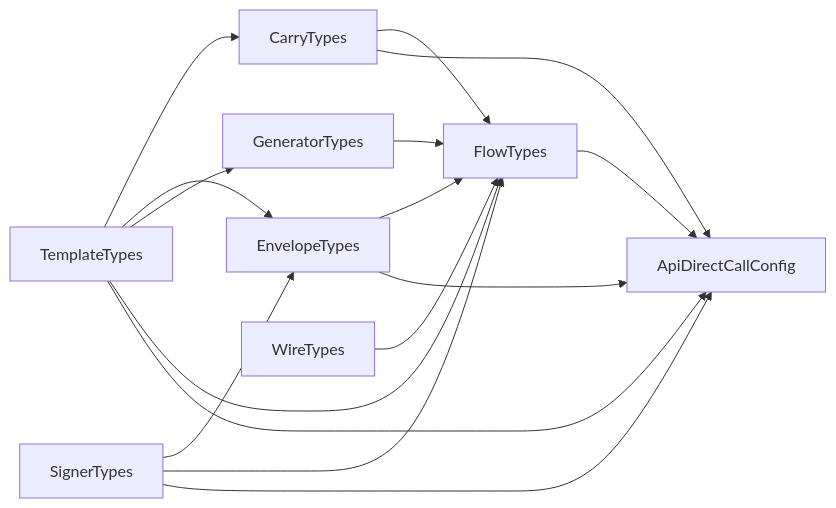
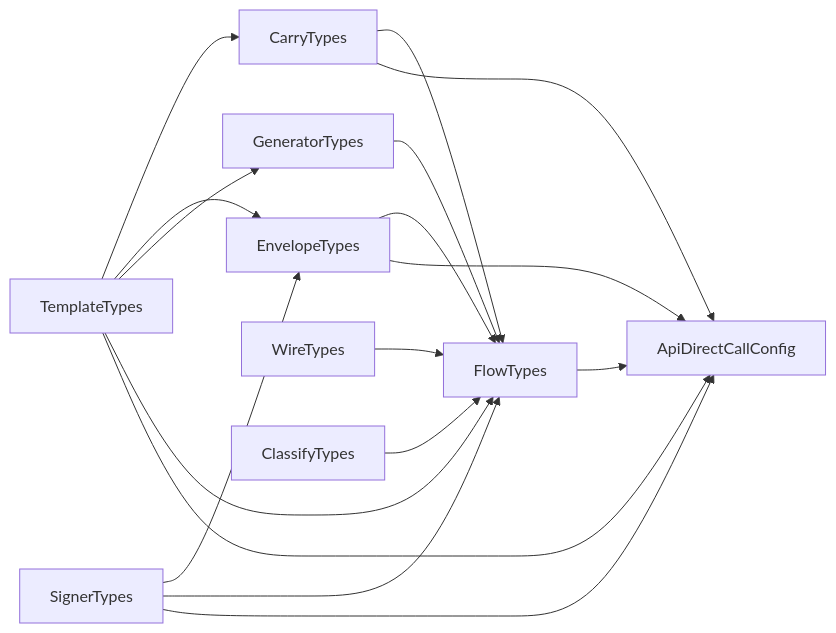
One commit to sergienko4/israeli-bank-scrapers changed the diagram in docs/architecture/config-contracts.md. Above: the diagram before and after it, drawn with Mermaid. The commit also changed other lines of this file and 13 other files, not shown here.

````diff
--- a/docs/architecture/config-contracts.md
+++ b/docs/architecture/config-contracts.md
@@ -32,26 +33,28 @@
 ```mermaid
 flowchart LR
     T[TemplateTypes]
     S[SignerTypes]
     C[CarryTypes]
     E[EnvelopeTypes]
     G[GeneratorTypes]
     W[WireTypes]
+    K[ClassifyTypes]
     F[FlowTypes]
     A[ApiDirectCallConfig]
     T --> C
     T --> E
     T --> G
     T --> F
     T --> A
     S --> E
     S --> F
     S --> A
     C --> F
     C --> A
     E --> F
     E --> A
     G --> F
     W --> F
+    K --> F
     F --> A
 ```
````
